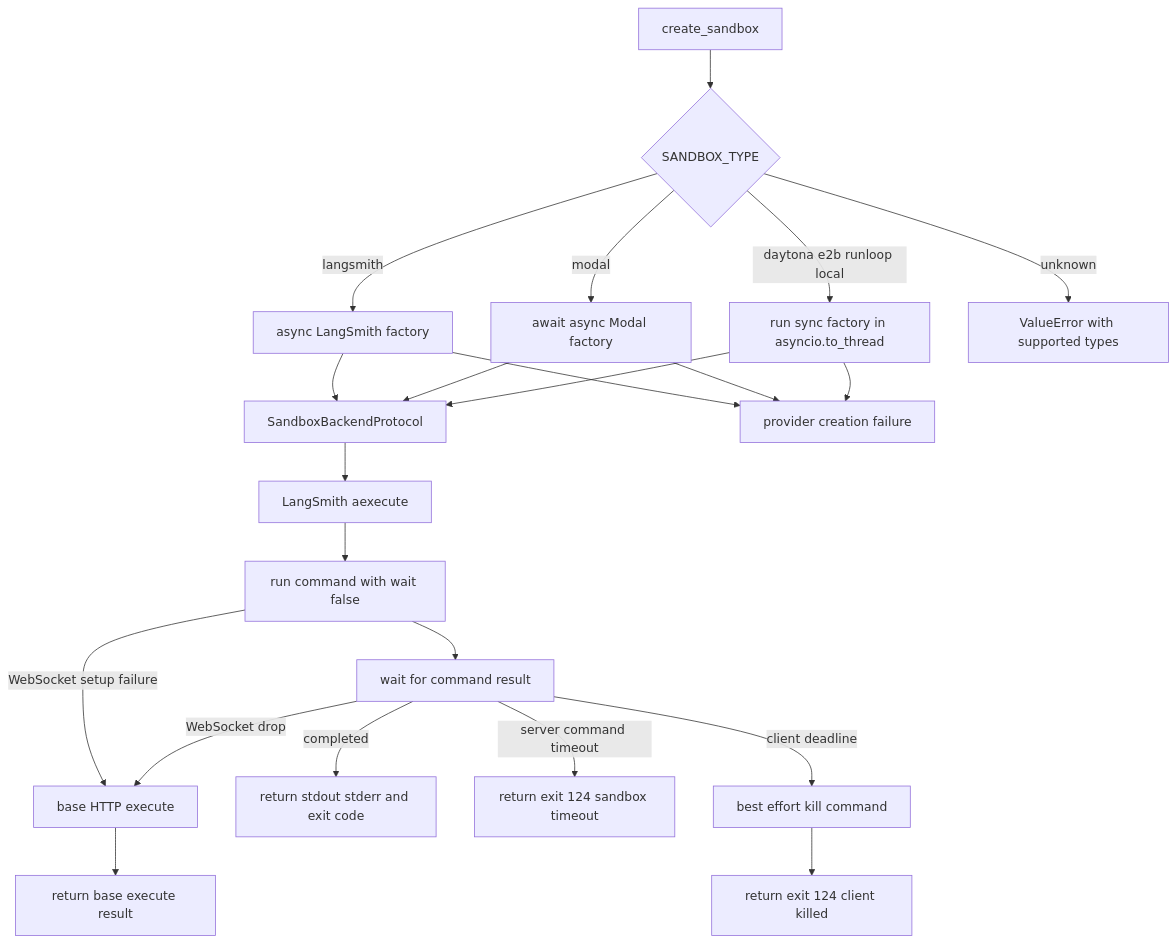
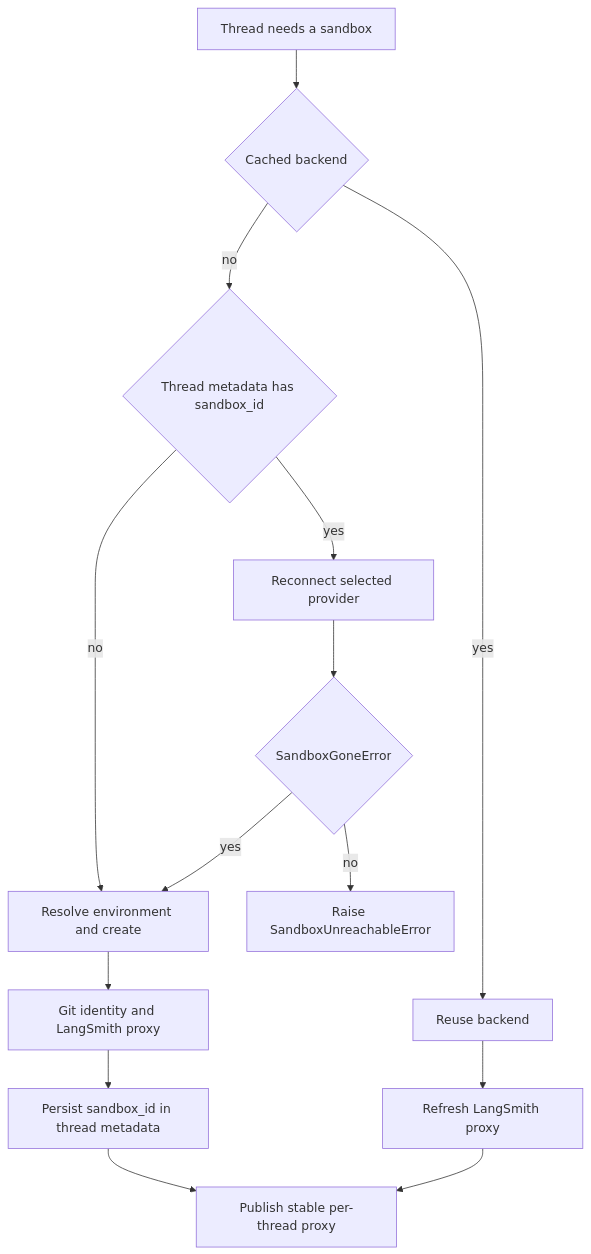
One commit to langchain-ai/open-swe changed the diagram in openwiki/integrations/sandbox-providers.md. Above: the diagram before and after it, drawn with Mermaid. The commit also changed other lines of this file and 52 other files, not shown here.

````diff
--- a/openwiki/integrations/sandbox-providers.md
+++ b/openwiki/integrations/sandbox-providers.md
@@ -51,24 +49,16 @@
 ```mermaid
 flowchart TD
-    Start["create_sandbox"] --> Selector{"SANDBOX_TYPE"}
-    Selector -->|"langsmith"| LangSmith["async LangSmith factory"]
-    Selector -->|"modal"| Modal["await async Modal factory"]
-    Selector -->|"daytona e2b runloop local"| Thread["run sync factory in asyncio.to_thread"]
-    Selector -->|"unknown"| Invalid["ValueError with supported types"]
-    LangSmith --> Created["SandboxBackendProtocol"]
-    Modal --> Created
-    Thread --> Created
-    LangSmith --> CreateFailure["provider creation failure"]
-    Modal --> CreateFailure
-    Thread --> CreateFailure
-    Created --> Execute["LangSmith aexecute"]
-    Execute --> OpenWS["run command with wait false"]
-    OpenWS -->|"WebSocket setup failure"| HttpFallback["base HTTP execute"]
-    OpenWS --> Handle["wait for command result"]
-    Handle -->|"completed"| Result["return stdout stderr and exit code"]
-    Handle -->|"server command timeout"| ServerTimeout["return exit 124 sandbox timeout"]
-    Handle -->|"client deadline"| Kill["best effort kill command"]
-    Kill --> ClientTimeout["return exit 124 client killed"]
-    Handle -->|"WebSocket drop"| HttpFallback
-    HttpFallback --> HttpResult["return base execute result"]
+    Request["Thread needs a sandbox"] --> Cached{"Cached backend"}
+    Cached -->|"yes"| Reuse["Reuse backend"]
+    Cached -->|"no"| Metadata{"Thread metadata has sandbox_id"}
+    Metadata -->|"no"| Boot["Resolve environment and create"]
+    Metadata -->|"yes"| Connect["Reconnect selected provider"]
+    Connect --> Gone{"SandboxGoneError"}
+    Gone -->|"yes"| Boot
+    Gone -->|"no"| Unreachable["Raise SandboxUnreachableError"]
+    Boot --> Initialize["Git identity and LangSmith proxy"]
+    Initialize --> Bind["Persist sandbox_id in thread metadata"]
+    Bind --> Publish["Publish stable per-thread proxy"]
+    Reuse --> Refresh["Refresh LangSmith proxy"]
+    Refresh --> Publish
 ```
````
